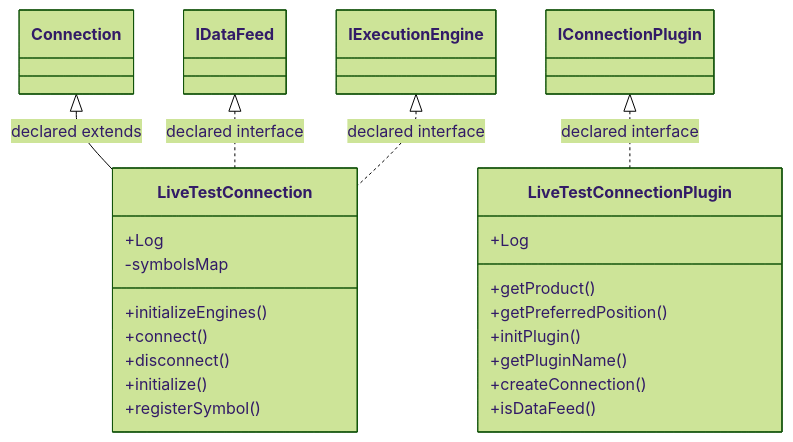
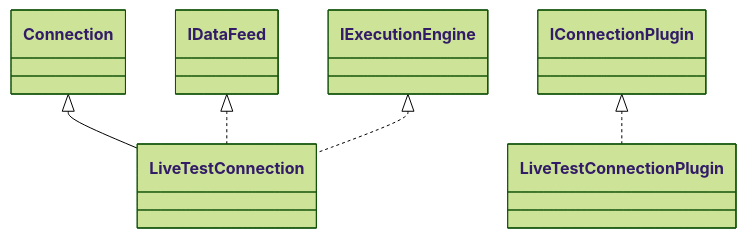
Before and after one commit to haruperi/HaruQuantAI: the diagram in docs/sqx/Shared/ConnectionLiveTest.md, drawn with Mermaid (forest theme). The commit also changed other lines of this file and 1688 other files, not shown here.

````diff
--- a/docs/sqx/Shared/ConnectionLiveTest.md
+++ b/docs/sqx/Shared/ConnectionLiveTest.md
@@ -30,29 +26,13 @@
 ```mermaid
 classDiagram
-    class C00526a626f19["LiveTestConnection"] {
-        +Log
-        -symbolsMap
-        +initializeEngines()
-        +connect()
-        +disconnect()
-        +initialize()
-        +registerSymbol()
-    }
-    class Cf523e48016c8["LiveTestConnectionPlugin"] {
-        +Log
-        +getProduct()
-        +getPreferredPosition()
-        +initPlugin()
-        +getPluginName()
-        +createConnection()
-        +isDataFeed()
-    }
-    class C58cb707ce0e7["Connection"]
-    class C5910a33a788a["IDataFeed"]
-    class Cb388a7528cc5["IExecutionEngine"]
-    class Cfedf35ca3c10["IConnectionPlugin"]
-    C58cb707ce0e7 <|-- C00526a626f19 : declared extends
-    C5910a33a788a <|.. C00526a626f19 : declared interface
-    Cb388a7528cc5 <|.. C00526a626f19 : declared interface
-    Cfedf35ca3c10 <|.. Cf523e48016c8 : declared interface
+    class C0["LiveTestConnection"]
+    class C1["LiveTestConnectionPlugin"]
+    class E0["Connection"]
+    E0 <|-- C0
+    class E1["IDataFeed"]
+    E1 <|.. C0
+    class E2["IExecutionEngine"]
+    E2 <|.. C0
+    class E3["IConnectionPlugin"]
+    E3 <|.. C1
 ```
````
